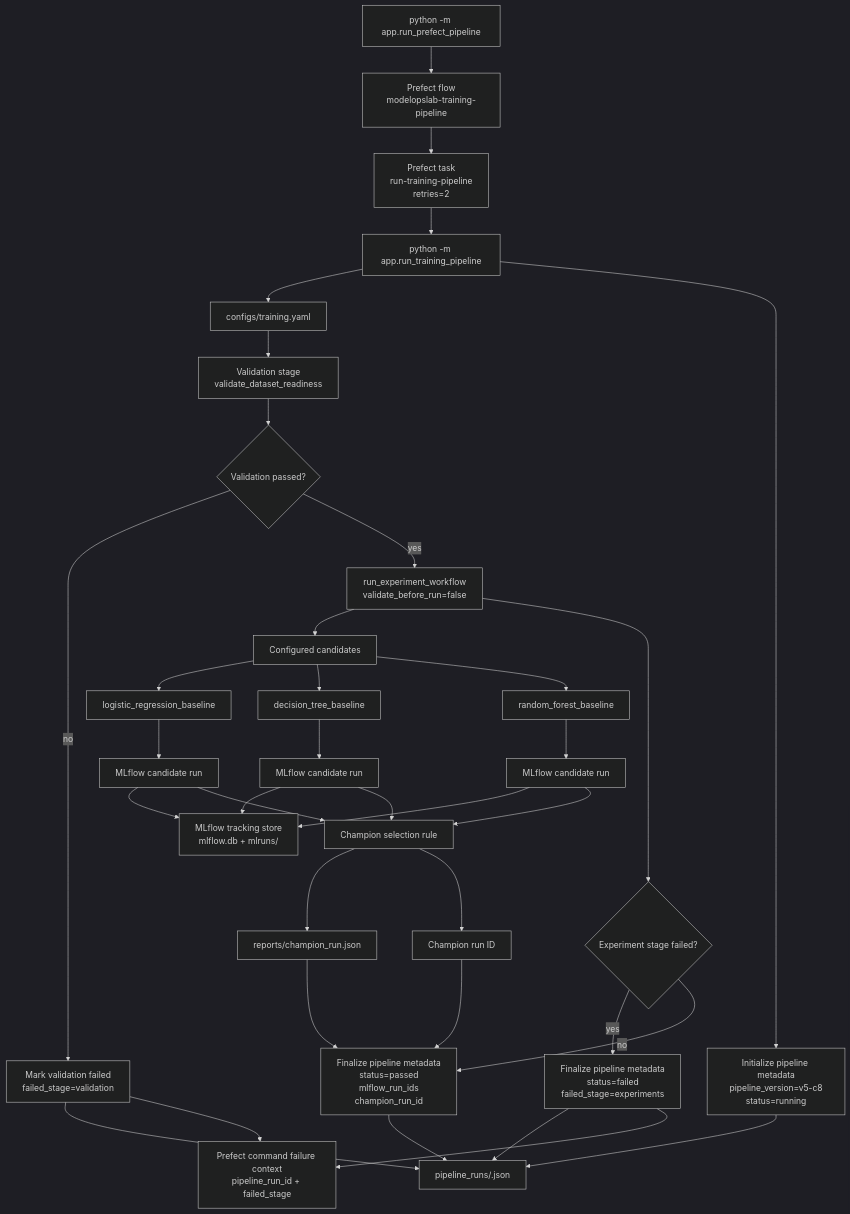
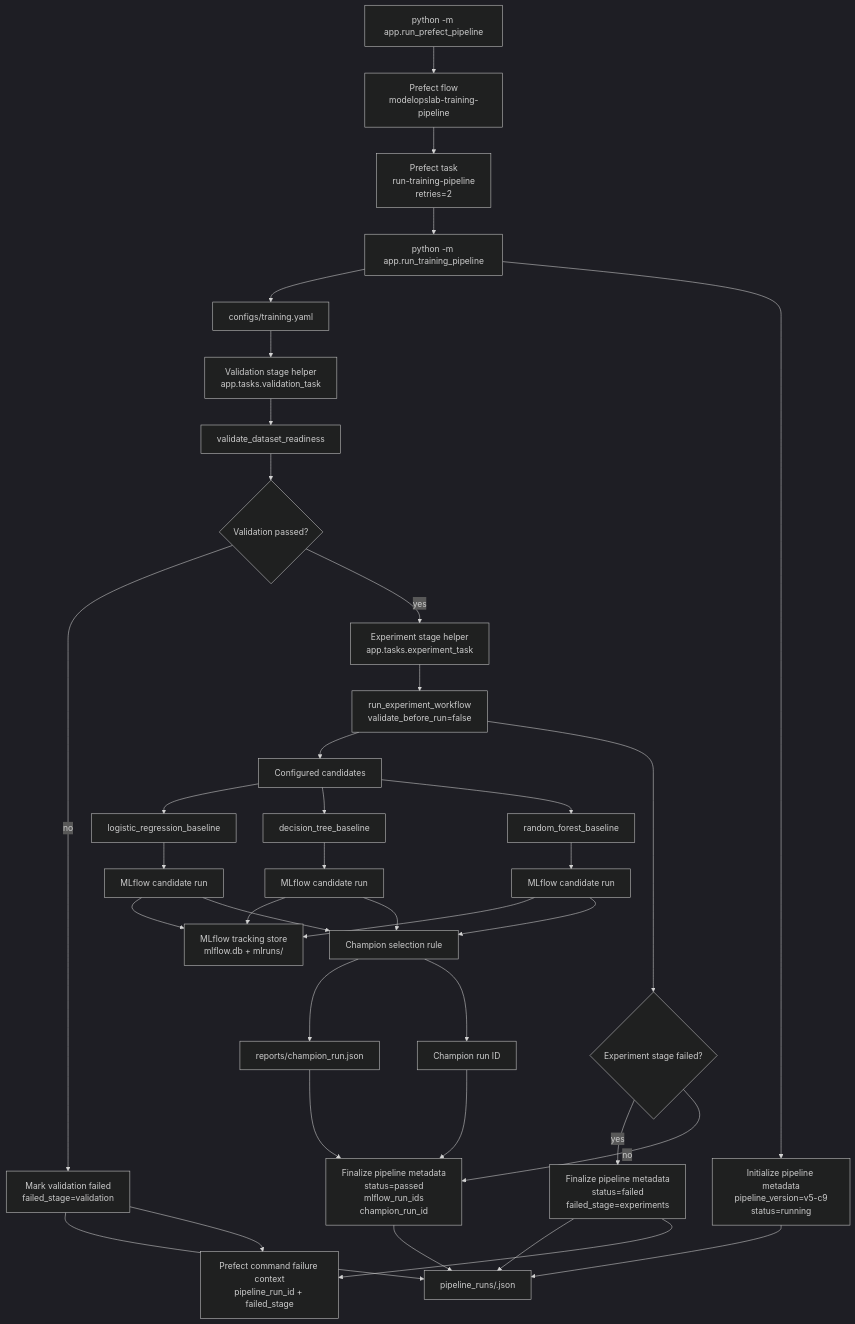
Before and after one commit to git4alauddin/model-ops-lab: the diagram in docs/diagrams/v5_training_pipeline_flow.md, drawn with Mermaid (dark theme). The commit also changed other lines of this file and 14 other files, not shown here.

Commit message:
v5-c9: extract pipeline stage helpers

````diff
--- a/docs/diagrams/v5_training_pipeline_flow.md
+++ b/docs/diagrams/v5_training_pipeline_flow.md
@@ -7,77 +7,81 @@
 ```mermaid
 flowchart TD
     prefect_cmd["python -m app.run_prefect_pipeline"]
     prefect_flow["Prefect flow<br/>modelopslab-training-pipeline"]
     prefect_task["Prefect task<br/>run-training-pipeline<br/>retries=2"]
     pipeline_cmd["python -m app.run_training_pipeline"]
     config["configs/training.yaml"]
-    metadata_start["Initialize pipeline metadata<br/>pipeline_version=v5-c8<br/>status=running"]
-    validation["Validation stage<br/>validate_dataset_readiness"]
+    metadata_start["Initialize pipeline metadata<br/>pipeline_version=v5-c9<br/>status=running"]
+    validation["Validation stage helper<br/>app.tasks.validation_task"]
+    validation_runner["validate_dataset_readiness"]
     validation_gate{"Validation passed?"}
     validation_failed["Mark validation failed<br/>failed_stage=validation"]
 
+    experiment_task["Experiment stage helper<br/>app.tasks.experiment_task"]
     experiment_workflow["run_experiment_workflow<br/>validate_before_run=false"]
     candidates["Configured candidates"]
     logreg["logistic_regression_baseline"]
     tree["decision_tree_baseline"]
     forest["random_forest_baseline"]
 
     run_a["MLflow candidate run"]
     run_b["MLflow candidate run"]
     run_c["MLflow candidate run"]
     mlflow["MLflow tracking store<br/>mlflow.db + mlruns/"]
 
     selection["Champion selection rule"]
     champion_report["reports/champion_run.json"]
     champion["Champion run ID"]
     metadata_passed["Finalize pipeline metadata<br/>status=passed<br/>mlflow_run_ids<br/>champion_run_id"]
     metadata_failed["Finalize pipeline metadata<br/>status=failed<br/>failed_stage=experiments"]
     failure_context["Prefect command failure context<br/>pipeline_run_id + failed_stage"]
     pipeline_output["pipeline_runs/<pipeline_run_id>.json"]
 
     experiment_failed{"Experiment stage failed?"}
 
     prefect_cmd --> prefect_flow
     prefect_flow --> prefect_task
     prefect_task --> pipeline_cmd
 
     pipeline_cmd --> config
     pipeline_cmd --> metadata_start
     metadata_start --> pipeline_output
     config --> validation
-    validation --> validation_gate
+    validation --> validation_runner
+    validation_runner --> validation_gate
 
     validation_gate -- no --> validation_failed
     validation_failed --> pipeline_output
 
-    validation_gate -- yes --> experiment_workflow
+    validation_gate -- yes --> experiment_task
+    experiment_task --> experiment_workflow
     experiment_workflow --> candidates
     candidates --> logreg
     candidates --> tree
     candidates --> forest
 
     logreg --> run_a
     tree --> run_b
     forest --> run_c
 
     run_a --> mlflow
     run_b --> mlflow
     run_c --> mlflow
 
     run_a --> selection
     run_b --> selection
     run_c --> selection
     selection --> champion_report
     selection --> champion
 
     experiment_workflow --> experiment_failed
     experiment_failed -- yes --> metadata_failed
     metadata_failed --> pipeline_output
     metadata_failed --> failure_context
     validation_failed --> failure_context
 
     experiment_failed -- no --> metadata_passed
     champion_report --> metadata_passed
     champion --> metadata_passed
     metadata_passed --> pipeline_output
 ```
````
